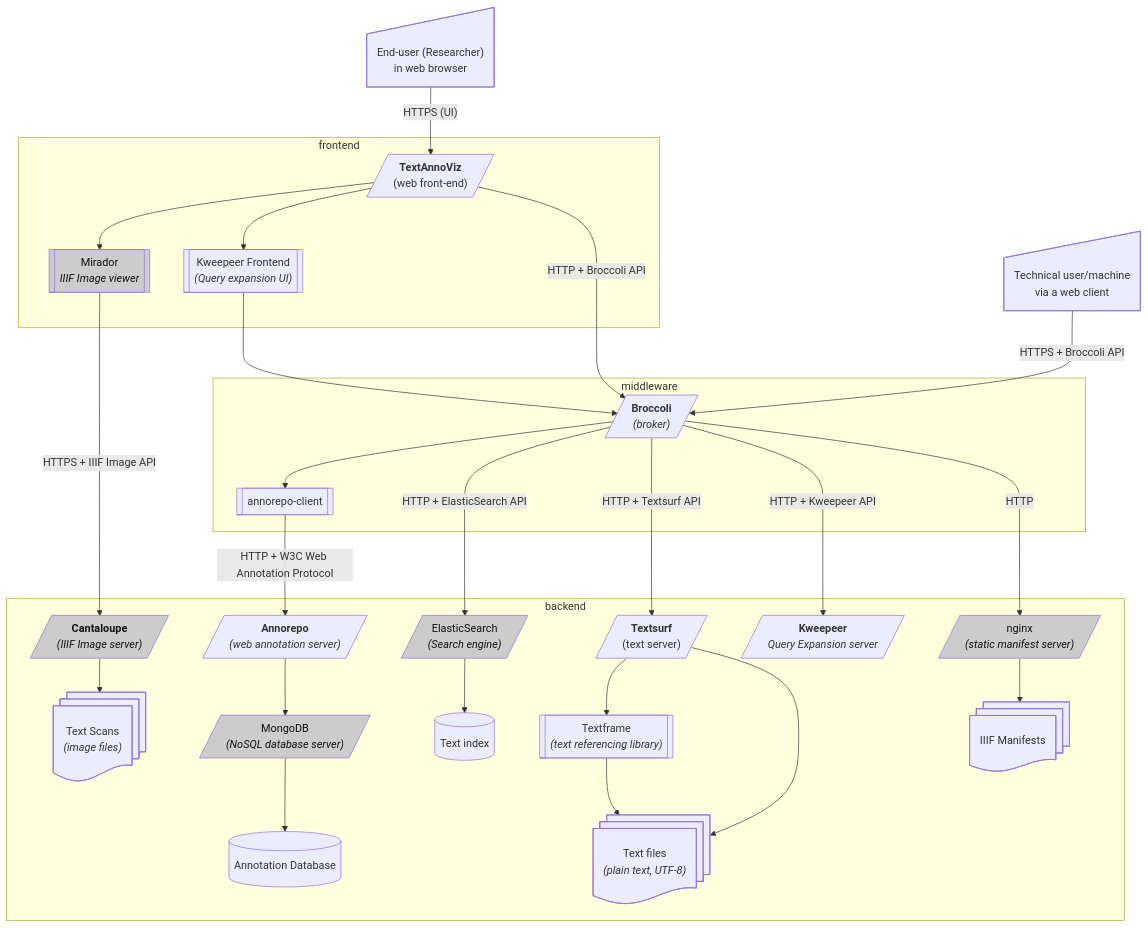
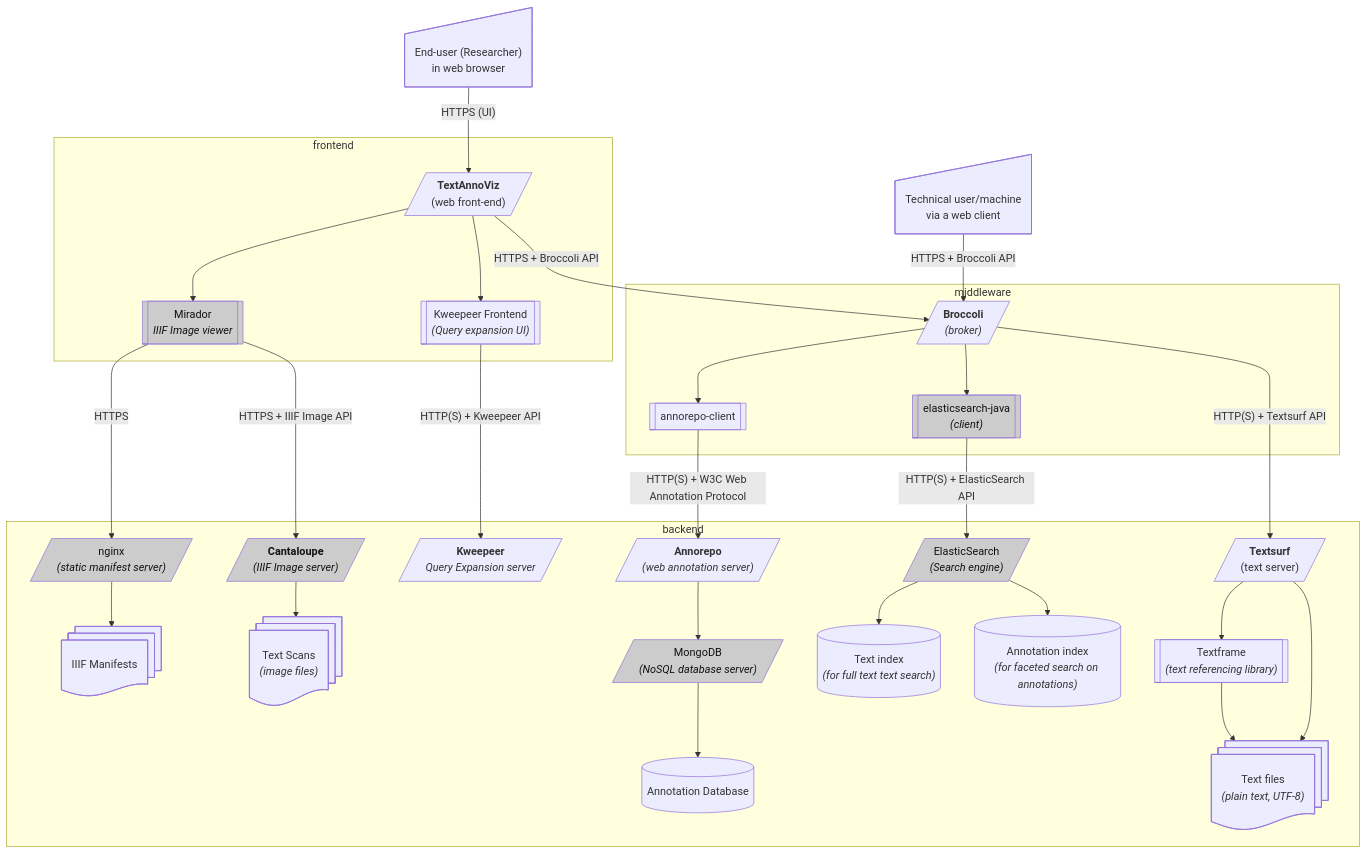
One commit to knaw-huc/tt-architecture changed the second of 3 diagrams in README.md. Above: the diagram before and after it, drawn with Mermaid. The commit also changed other lines of this file, not shown here.

Commit message:
processed further feedback

````diff
--- a/README.md
+++ b/README.md
@@ -96,71 +91,76 @@
 ```{.mermaid format=svg}
 flowchart TD
 
 
     user@{ shape: sl-rect, label: "End-user (Researcher)<br>in web browser"}
     user -- "HTTPS (UI)" --> textannoviz
     subgraph frontend
         textannoviz[/"<b>TextAnnoViz</b><br>(web front-end)"/]
         mirador@{shape: subproc, label: "Mirador<br><i>IIIF Image viewer</i>"}
         kweepeerfrontend@{shape: subproc, label: "Kweepeer Frontend<br><i>(Query expansion UI)</i>"}
         textannoviz --> mirador
         textannoviz --> kweepeerfrontend
     end
 
     techuser@{ shape: sl-rect, label: "Technical user/machine<br>via a web client"}
 
     techuser -- "HTTPS + Broccoli API" --> broccoli
     subgraph middleware
-        textannoviz -- "HTTP + Broccoli API" --> broccoli
+        textannoviz -- "HTTPS + Broccoli API" --> broccoli
         broccoli[/"<b>Broccoli</b><br><i>(broker)</i>"/]
 
         broccoli_annorepoclient@{shape: subproc, label: "annorepo-client"}
+        broccoli_elasticclient@{shape: subproc, label: "elasticsearch-java<br><i>(client)</i>"}
         broccoli --> broccoli_annorepoclient 
+        broccoli --> broccoli_elasticclient 
 
-        kweepeerfrontend --> broccoli
     end
 
 
     subgraph backend
     
         annorepo[/"<b>Annorepo</b><br><i>(web annotation server)</i>"/]
         mongodb[/"MongoDB<br><i>(NoSQL database server)</i>"/]
         annorepo_db[("Annotation Database")]
         annorepo --> mongodb --> annorepo_db
 
         elasticsearch[/"ElasticSearch<br><i>(Search engine)</i>"/]
-        textindex[("Text index")]
+        textindex[("Text index<br><i>(for full text text search)</i>")]
+        annotationindex[("Annotation index<br><i>(for faceted search on annotations)</i>")]
+
         texts@{ shape: docs, label: "Text files<br><i>(plain text, UTF-8)</i>"}
         textscans@{ shape: docs, label: "Text Scans<br><i>(image files)</i>"}
 
         textsurf[/"<b>Textsurf</b><br>(text server)"/]
         textframe@{shape: subproc, label: "Textframe<br><i>(text referencing library)</i>"}
 
 
         cantaloupe[/"<b>Cantaloupe</b><br><i>(IIIF Image server)</i>"/]
         manifests@{ shape: docs, label: "IIIF Manifests"}
         cantaloupe --> textscans
 
         kweepeer[/"<b>Kweepeer</b><br><i>Query Expansion server</i>"/]
 
-        broccoli -- "HTTP + ElasticSearch API" --> elasticsearch
-        broccoli_annorepoclient -- "HTTP + W3C Web Annotation Protocol" --> annorepo
-        broccoli -- "HTTP + Textsurf API" --> textsurf
-        broccoli -- "HTTP + Kweepeer API" --> kweepeer
-        broccoli -- "HTTP" --> manifest_server
+        broccoli_annorepoclient -- "HTTP(S) + W3C Web Annotation Protocol" --> annorepo
+        broccoli_elasticclient -- "HTTP(S) + ElasticSearch API" --> elasticsearch
+        broccoli -- "HTTP(S) + Textsurf API" --> textsurf
+
+        mirador -- "HTTPS" --> manifest_server
+        mirador -- "HTTPS + IIIF Image API" --> cantaloupe
+
+        kweepeerfrontend -- "HTTP(S) + Kweepeer API" --> kweepeer
 
         manifest_server[/"nginx<br><i>(static manifest server)</i>"/]
         manifest_server --> manifests
 
         elasticsearch --> textindex
+        elasticsearch --> annotationindex
 
         textsurf --> textframe -->  texts
         textsurf --> texts
-
-        mirador -- "HTTPS + IIIF Image API" --> cantaloupe
     end
 
 
     classDef thirdparty fill:#ccc,color:#111
-    class cantaloupe,mongodb,elasticsearch,postgresql,mirador,manifest_server thirdparty
+    class cantaloupe,mongodb,elasticsearch,postgresql,mirador,manifest_server,broccoli_elasticclient thirdparty
 ```
````
